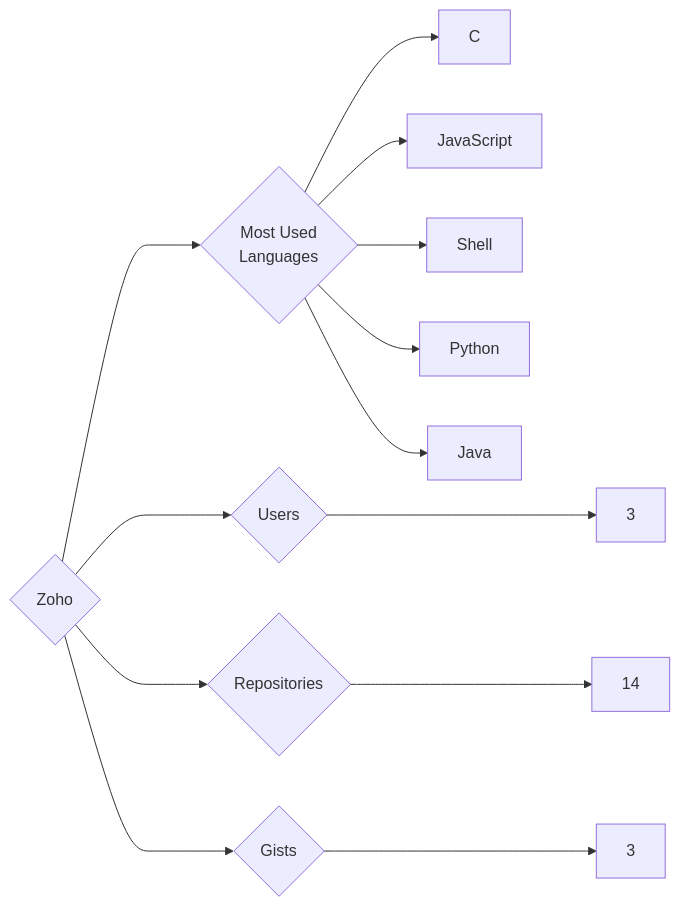
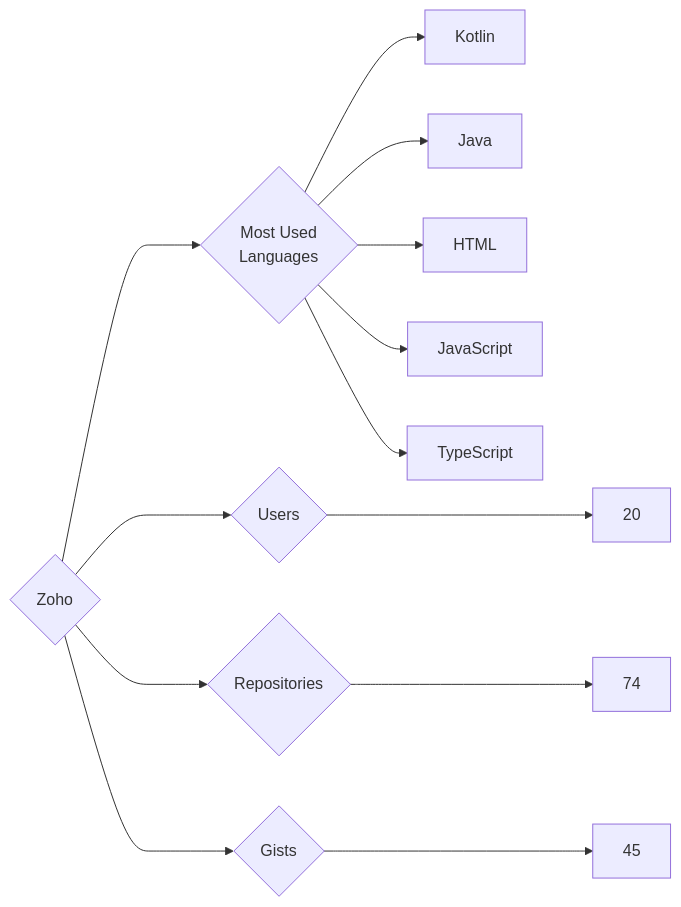
One commit to trickest/insiders changed the diagram in targets/Zoho/README.md. Above: the diagram before and after it, drawn with Mermaid. The commit also changed 770 other files, not shown here.

````diff
--- a/targets/Zoho/README.md
+++ b/targets/Zoho/README.md
@@ -3,13 +3,13 @@
 ```mermaid
 graph LR
 COMPANY_NAME{Zoho}
-COMPANY_NAME ---> U{Users} ---> UN[3]
-COMPANY_NAME ---> R{Repositories} ---> RN[14]
-COMPANY_NAME ---> G{Gists} ---> GN[3]
+COMPANY_NAME ---> U{Users} ---> UN[20]
+COMPANY_NAME ---> R{Repositories} ---> RN[74]
+COMPANY_NAME ---> G{Gists} ---> GN[45]
 COMPANY_NAME ---> ML{Most Used<br>Languages}
-ML --> C[C]
+ML --> Kotlin[Kotlin]
+ML --> Java[Java]
+ML --> HTML[HTML]
 ML --> JavaScript[JavaScript]
-ML --> Shell[Shell]
-ML --> Python[Python]
-ML --> Java[Java]
+ML --> TypeScript[TypeScript]
 ```
````
